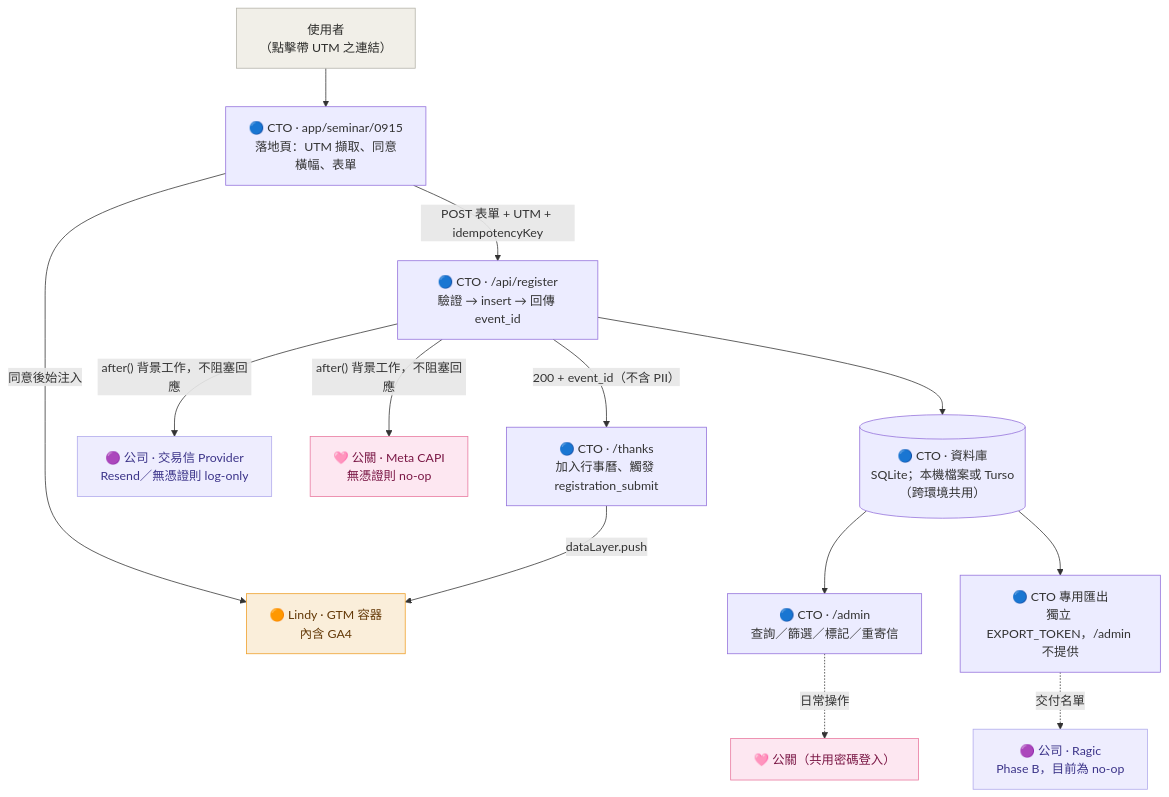
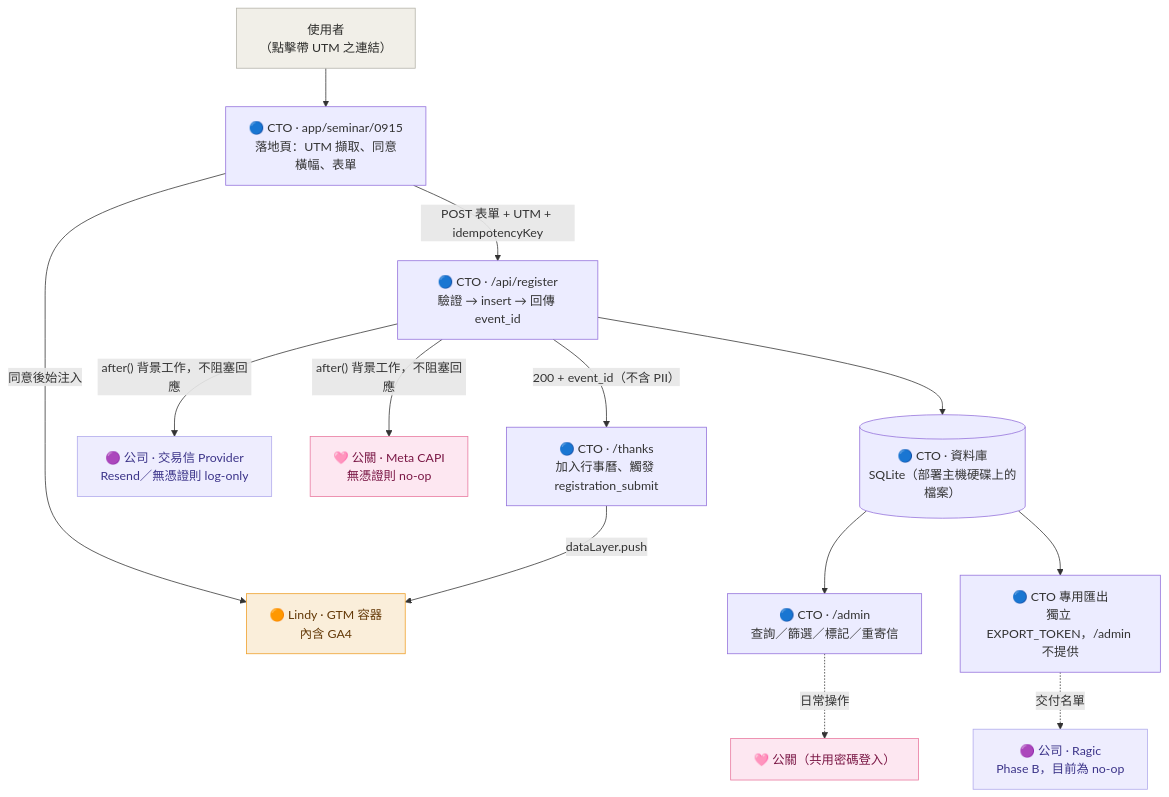
One commit to cawu-ii/agatha-seminar-0915 changed the diagram in README.md. Above: the diagram before and after it, drawn with Mermaid. The commit also changed other lines of this file and 1 other file, not shown here.

First line of the commit message:
docs: pure SQLite is the default, Turso downgraded to optional

````diff
--- a/README.md
+++ b/README.md
@@ -81,21 +81,21 @@
 ```mermaid
 flowchart TD
   U["使用者<br/>（點擊帶 UTM 之連結）"]:::ext
   U --> LP["🔵 CTO · app/seminar/0915<br/>落地頁：UTM 擷取、同意橫幅、表單"]
   LP -->|"同意後始注入"| GTM["🟠 Lindy · GTM 容器<br/>內含 GA4"]:::lindy
   LP -->|"POST 表單 + UTM + idempotencyKey"| API["🔵 CTO · /api/register<br/>驗證 → insert → 回傳 event_id"]
-  API --> DB[("🔵 CTO · 資料庫<br/>SQLite；本機檔案或 Turso（跨環境共用）")]
+  API --> DB[("🔵 CTO · 資料庫<br/>SQLite（部署主機硬碟上的檔案）")]
   API -->|"after() 背景工作，不阻塞回應"| MAIL["🟣 公司 · 交易信 Provider<br/>Resend／無憑證則 log-only"]:::company
   API -->|"after() 背景工作，不阻塞回應"| META["🩷 公關 · Meta CAPI<br/>無憑證則 no-op"]:::pr
   API -->|"200 + event_id（不含 PII）"| THX["🔵 CTO · /thanks<br/>加入行事曆、觸發 registration_submit"]
   THX -->|"dataLayer.push"| GTM
   DB --> ADMIN["🔵 CTO · /admin<br/>查詢／篩選／標記／重寄信"]
   ADMIN -.日常操作.-> PRUSER["🩷 公關（共用密碼登入）"]:::pr
   DB --> EXPORT["🔵 CTO 專用匯出<br/>獨立 EXPORT_TOKEN，/admin 不提供"]
   EXPORT -.交付名單.-> RAGIC["🟣 公司 · Ragic<br/>Phase B，目前為 no-op"]:::company
 
   classDef ext fill:#F1EFE8,stroke:#B4B2A9,color:#2C2C2A;
   classDef lindy fill:#FAEEDA,stroke:#EF9F27,color:#633806;
   classDef pr fill:#FDE7F1,stroke:#E8779E,color:#7A1745;
   classDef company fill:#EEEDFE,stroke:#AFA9EC,color:#3C3489;
 ```
````
